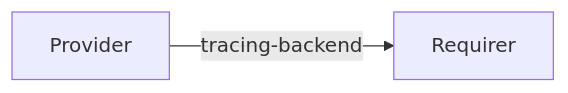
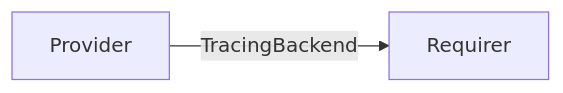
One commit to canonical/charm-relation-interfaces changed the diagram in interfaces/tracing/v0/README.md. Above: the diagram before and after it, drawn with Mermaid. The commit also changed other lines of this file and 1 other file, not shown here.

````diff
--- a/interfaces/tracing/v0/README.md
+++ b/interfaces/tracing/v0/README.md
@@ -17,4 +18,4 @@
 ```mermaid
 flowchart LR
-    Provider -- tracing-backend --> Requirer
+    Provider -- TracingBackend --> Requirer
 ```
````
